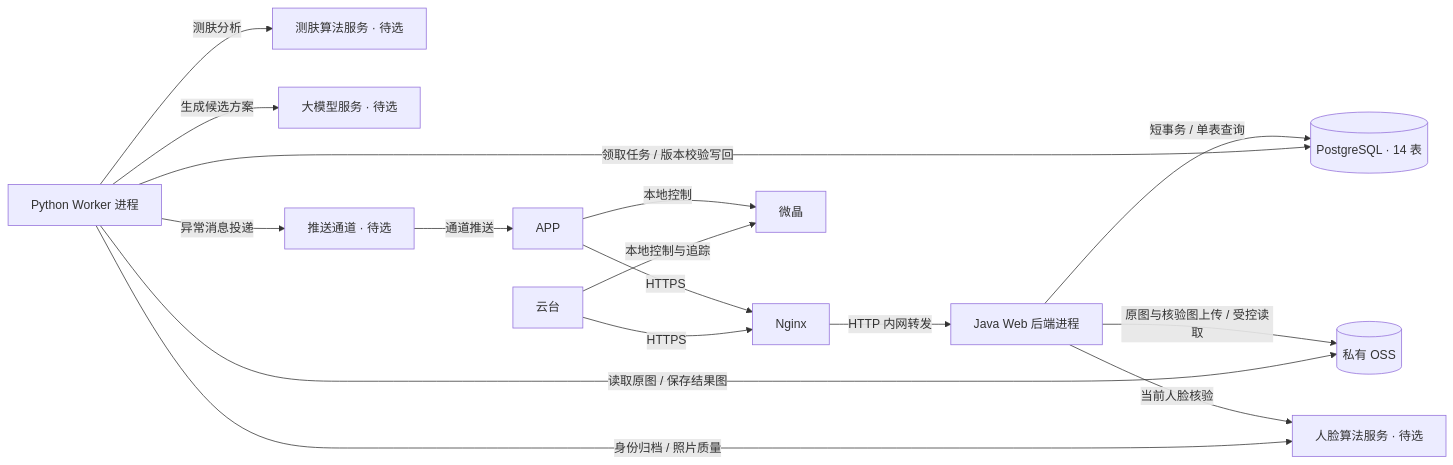
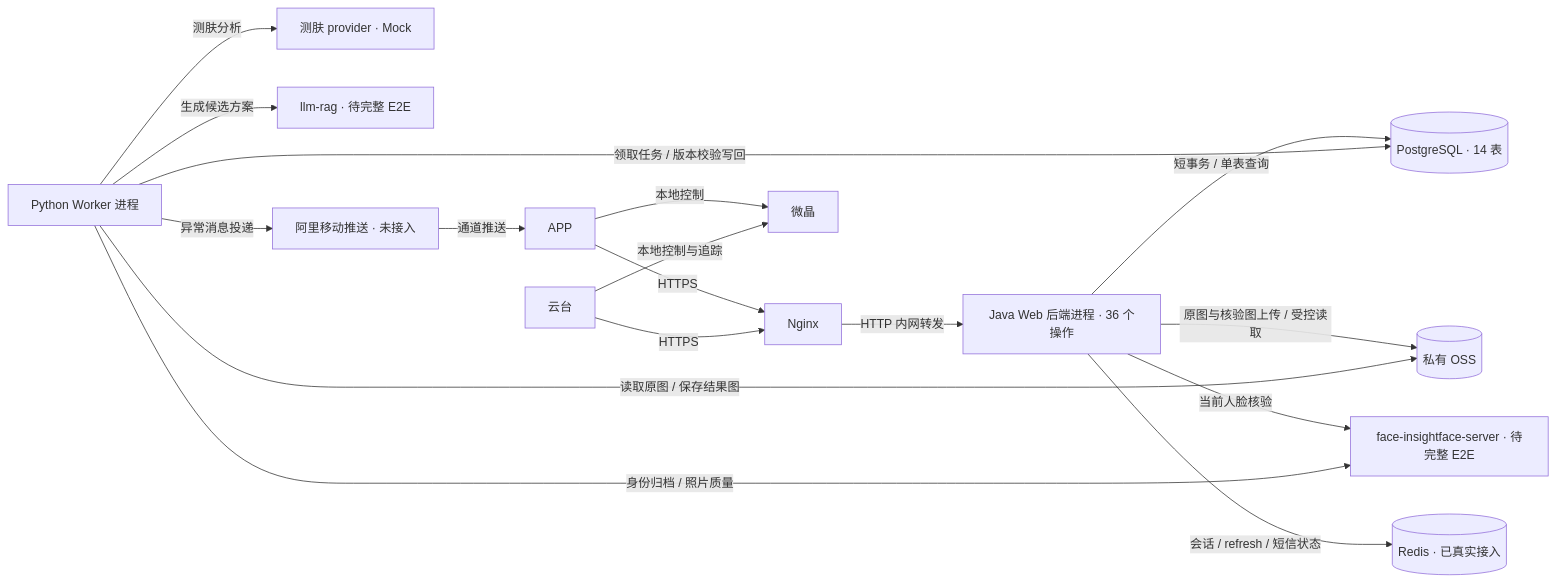
The diagram in backend/doc/assets/runtime-components.mmd (allenxun/contest2026_483_yuanxinshixisheng), drawn with Mermaid before and after one commit. The commit also changed 75 other files, not shown here.

```diff
--- a/backend/doc/assets/runtime-components.mmd
+++ b/backend/doc/assets/runtime-components.mmd
@@ -1,16 +1,17 @@
 flowchart LR
     APP[APP] -->|HTTPS| NG[Nginx]
     G[云台] -->|HTTPS| NG
-    NG -->|HTTP 内网转发| WEB[Java Web 后端进程]
+    NG -->|HTTP 内网转发| WEB[Java Web 后端进程 · 36 个操作]
     WEB -->|短事务 / 单表查询| PG[(PostgreSQL · 14 表)]
+    WEB -->|会话 / refresh / 短信状态| REDIS[(Redis · 已真实接入)]
     WEB -->|原图与核验图上传 / 受控读取| OSS[(私有 OSS)]
     WORKER[Python Worker 进程] -->|领取任务 / 版本校验写回| PG
     WORKER -->|读取原图 / 保存结果图| OSS
-    WEB -->|当前人脸核验| FACE[人脸算法服务 · 待选]
+    WEB -->|当前人脸核验| FACE[face-insightface-server · 待完整 E2E]
     WORKER -->|身份归档 / 照片质量| FACE
-    WORKER -->|测肤分析| SKIN[测肤算法服务 · 待选]
-    WORKER -->|生成候选方案| LLM[大模型服务 · 待选]
-    WORKER -->|异常消息投递| PUSH[推送通道 · 待选]
+    WORKER -->|测肤分析| SKIN[测肤 provider · Mock]
+    WORKER -->|生成候选方案| LLM[llm-rag · 待完整 E2E]
+    WORKER -->|异常消息投递| PUSH[阿里移动推送 · 未接入]
     PUSH -->|通道推送| APP
     APP -->|本地控制| DEVICE[微晶]
     G -->|本地控制与追踪| DEVICE
```
